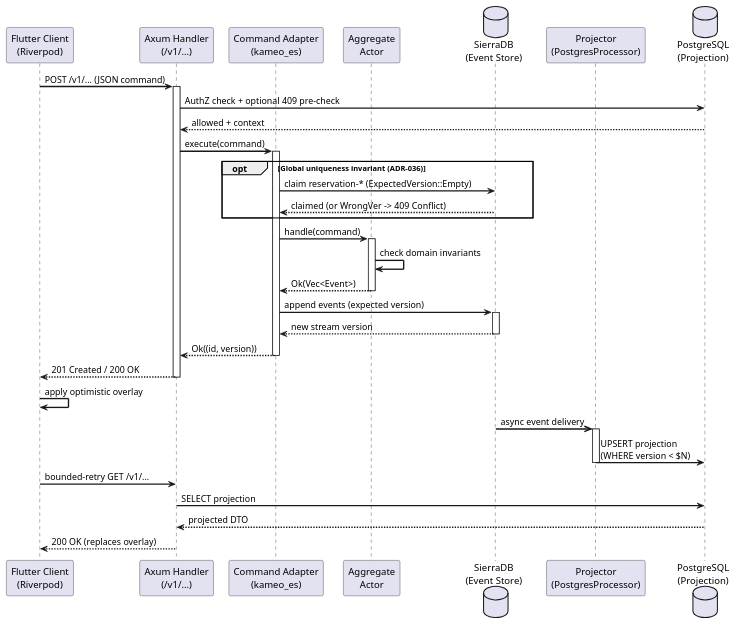
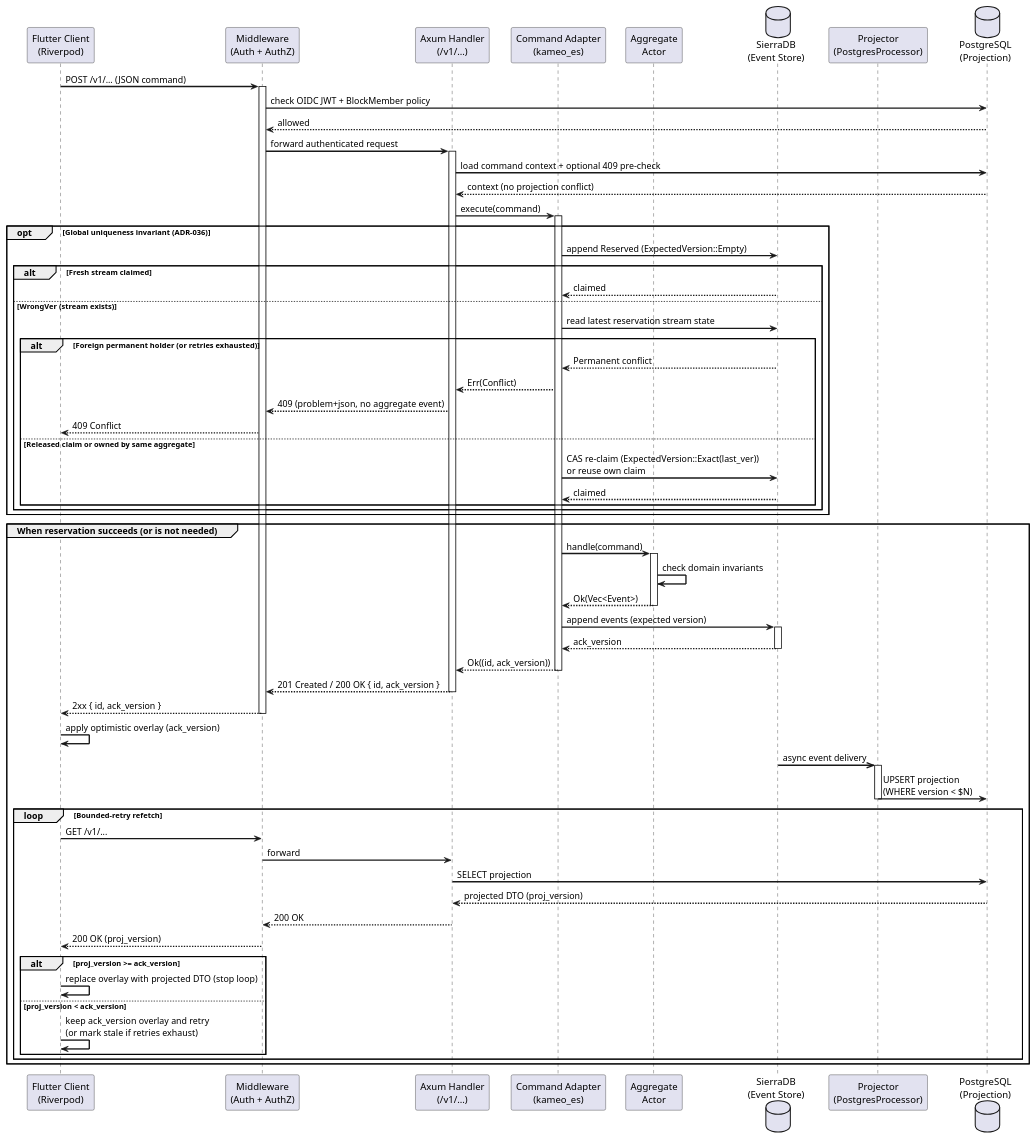
One commit to tradem/breakdown-rs changed the diagram in backend/docs/architecture/diagrams/command-processing-sequence.puml. Above: the diagram before and after it, drawn with PlantUML. The commit also changed 24 other files, not shown here.

```diff
--- a/backend/docs/architecture/diagrams/command-processing-sequence.puml
+++ b/backend/docs/architecture/diagrams/command-processing-sequence.puml
@@ -1,59 +1,90 @@
 @startuml command-processing-sequence
 ' SPDX-License-Identifier: AGPL-3.0
 ' Copyright (C) 2024-2026 Breakdown RS Contributors
 ' Co-authored-by: kimi-k3 (neuralwatt)
 ' Co-authored-by: gemini-4-carbon (google)
 '
 ' Runtime view: end-to-end CQRS command, reservation claim, and lag sync.
 
 skinparam shadowing false
 skinparam sequenceArrowThickness 2
 
 participant "Flutter Client\n(Riverpod)" as client
+participant "Middleware\n(Auth + AuthZ)" as mw
 participant "Axum Handler\n(/v1/...)" as api
 participant "Command Adapter\n(kameo_es)" as svc
 participant "Aggregate\nActor" as agg
 database "SierraDB\n(Event Store)" as es
 participant "Projector\n(PostgresProcessor)" as proj
 database "PostgreSQL\n(Projection)" as db
 
-client -> api : POST /v1/... (JSON command)
+client -> mw : POST /v1/... (JSON command)
+activate mw
+mw -> db : check OIDC JWT + BlockMember policy
+db --> mw : allowed
+mw -> api : forward authenticated request
 activate api
-api -> db : AuthZ check + optional 409 pre-check
-db --> api : allowed + context
+api -> db : load command context + optional 409 pre-check
+db --> api : context (no projection conflict)
 api -> svc : execute(command)
 activate svc
 
 opt Global uniqueness invariant (ADR-036)
-  svc -> es : claim reservation-* (ExpectedVersion::Empty)
-  es --> svc : claimed (or WrongVer -> 409 Conflict)
+  svc -> es : append Reserved (ExpectedVersion::Empty)
+  alt Fresh stream claimed
+    es --> svc : claimed
+  else WrongVer (stream exists)
+    svc -> es : read latest reservation stream state
+    alt Foreign permanent holder (or retries exhausted)
+      es --> svc : Permanent conflict
+      svc --> api : Err(Conflict)
+      api --> mw : 409 (problem+json, no aggregate event)
+      mw --> client : 409 Conflict
+    else Released claim or owned by same aggregate
+      svc -> es : CAS re-claim (ExpectedVersion::Exact(last_ver))\nor reuse own claim
+      es --> svc : claimed
+    end
+  end
 end
 
-svc -> agg : handle(command)
-activate agg
-agg -> agg : check domain invariants
-agg --> svc : Ok(Vec<Event>)
-deactivate agg
+group When reservation succeeds (or is not needed)
+  svc -> agg : handle(command)
+  activate agg
+  agg -> agg : check domain invariants
+  agg --> svc : Ok(Vec<Event>)
+  deactivate agg
 
-svc -> es : append events (expected version)
-activate es
-es --> svc : new stream version
-deactivate es
-svc --> api : Ok((id, version))
-deactivate svc
-api --> client : 201 Created / 200 OK
-deactivate api
+  svc -> es : append events (expected version)
+  activate es
+  es --> svc : ack_version
+  deactivate es
+  svc --> api : Ok((id, ack_version))
+  deactivate svc
+  api --> mw : 201 Created / 200 OK { id, ack_version }
+  deactivate api
+  mw --> client : 2xx { id, ack_version }
+  deactivate mw
 
-client -> client : apply optimistic overlay
+  client -> client : apply optimistic overlay (ack_version)
 
-es ->> proj : async event delivery
-activate proj
-proj -> db : UPSERT projection\n(WHERE version < $N)
-deactivate proj
+  es ->> proj : async event delivery
+  activate proj
+  proj -> db : UPSERT projection\n(WHERE version < $N)
+  deactivate proj
 
-client -> api : bounded-retry GET /v1/...
-api -> db : SELECT projection
-db --> api : projected DTO
-api --> client : 200 OK (replaces overlay)
+  loop Bounded-retry refetch
+    client -> mw : GET /v1/...
+    mw -> api : forward
+    api -> db : SELECT projection
+    db --> api : projected DTO (proj_version)
+    api --> mw : 200 OK
+    mw --> client : 200 OK (proj_version)
+    alt proj_version >= ack_version
+      client -> client : replace overlay with projected DTO (stop loop)
+    else proj_version < ack_version
+      client -> client : keep ack_version overlay and retry\n(or mark stale if retries exhaust)
+    end
+  end
+end
 
 @enduml
```
